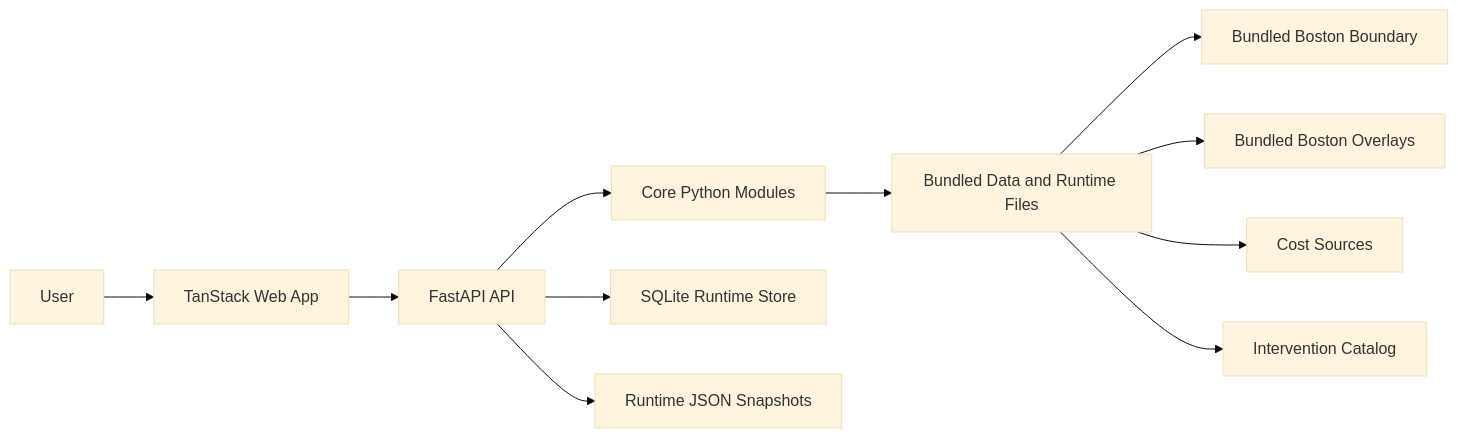
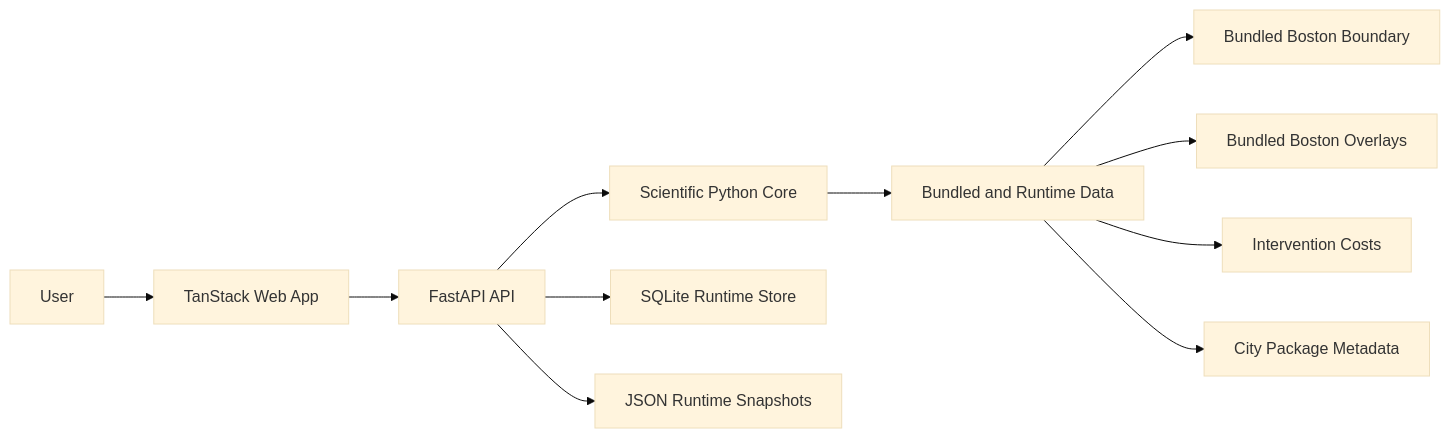
The first of 2 diagrams in README.md (aartisr/kwin-city-portal), drawn with Mermaid (base theme) before and after one commit. The commit also changed other lines of this file and 3 other files, not shown here.

````diff
--- a/README.md
+++ b/README.md
@@ -56,14 +116,14 @@
 ```mermaid
 flowchart LR
     U[User] --> W[TanStack Web App]
     W --> A[FastAPI API]
-    A --> C[Core Python Modules]
-    C --> D[Bundled Data and Runtime Files]
-    A --> R[SQLite Runtime Store]
-    A --> J[Runtime JSON Snapshots]
+    A --> C[Scientific Python Core]
+    C --> D[Bundled and Runtime Data]
+    A --> S[SQLite Runtime Store]
+    A --> J[JSON Runtime Snapshots]
 
     D --> B1[Bundled Boston Boundary]
     D --> B2[Bundled Boston Overlays]
-    D --> B3[Cost Sources]
-    D --> B4[Intervention Catalog]
+    D --> B3[Intervention Costs]
+    D --> B4[City Package Metadata]
 ```
````
